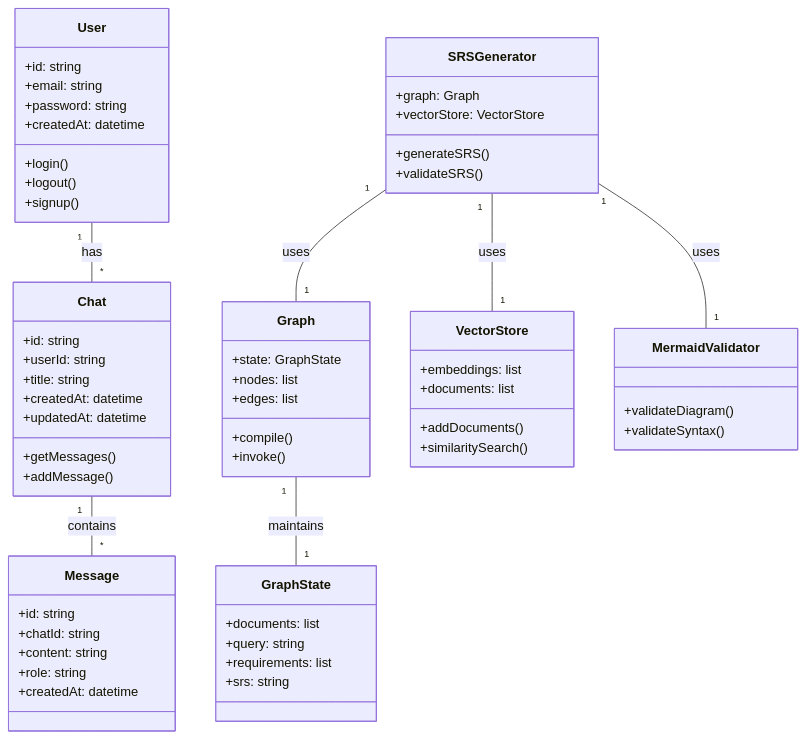
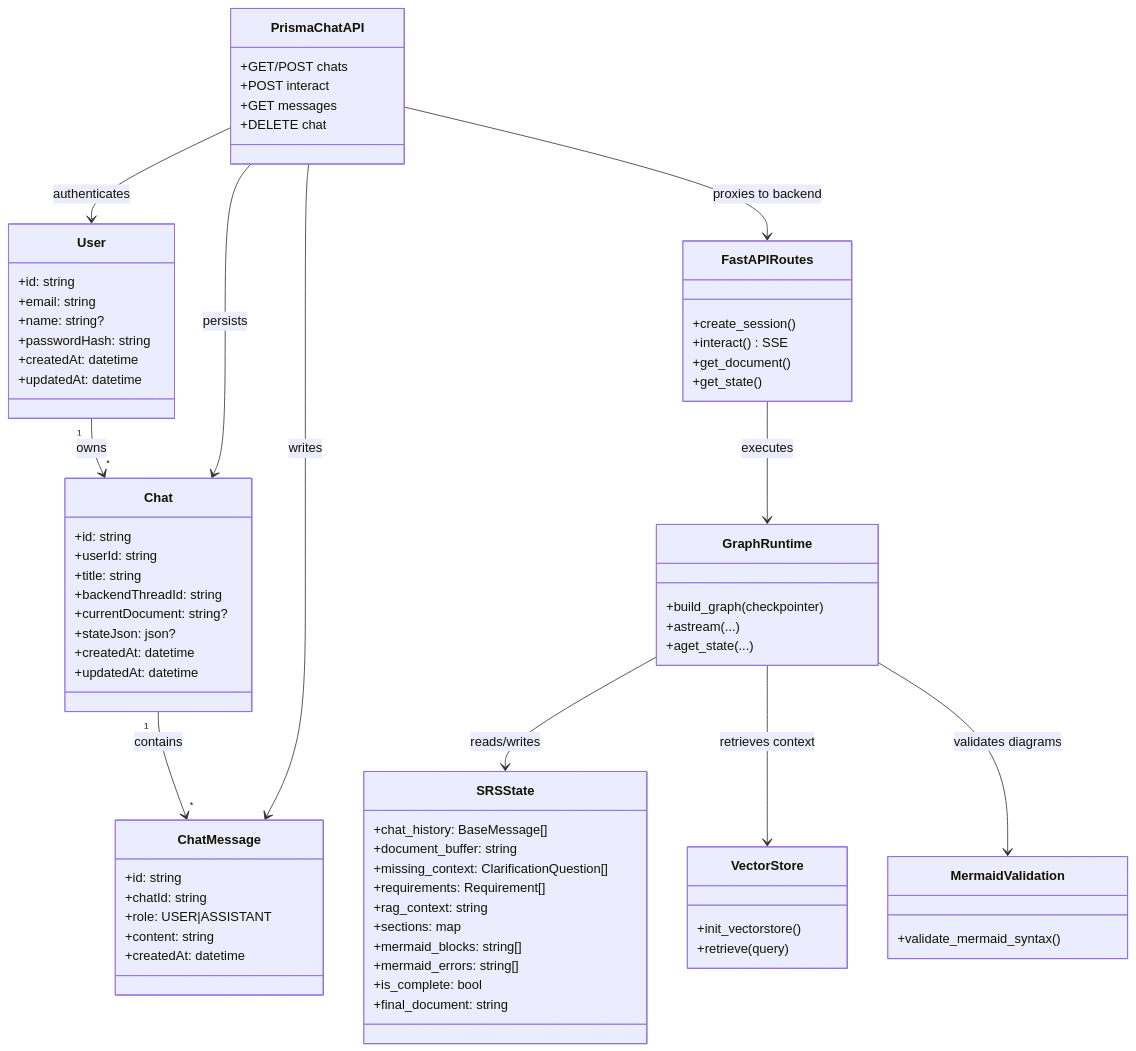
The diagram in documentation/class_diagram.md (Ta1al/automated-SRS-generator), drawn with Mermaid before and after one commit. The commit also changed other lines of this file and 3 other files, not shown here.

Commit message:
Update documentation for activity, class, data flow, and ER diagrams

````diff
--- a/documentation/class_diagram.md
+++ b/documentation/class_diagram.md
@@ -7,69 +7,81 @@
     class User {
         +id: string
         +email: string
-        +password: string
+        +name: string?
+        +passwordHash: string
         +createdAt: datetime
-        +login()
-        +logout()
-        +signup()
+        +updatedAt: datetime
     }
 
     class Chat {
         +id: string
         +userId: string
         +title: string
+        +backendThreadId: string
+        +currentDocument: string?
+        +stateJson: json?
         +createdAt: datetime
         +updatedAt: datetime
-        +getMessages()
-        +addMessage()
     }
 
-    class Message {
+    class ChatMessage {
         +id: string
         +chatId: string
+        +role: USER|ASSISTANT
         +content: string
-        +role: string
         +createdAt: datetime
     }
 
-    class Graph {
-        +state: GraphState
-        +nodes: list
-        +edges: list
-        +compile()
-        +invoke()
+    class SRSState {
+        +chat_history: BaseMessage[]
+        +document_buffer: string
+        +missing_context: ClarificationQuestion[]
+        +requirements: Requirement[]
+        +rag_context: string
+        +sections: map
+        +mermaid_blocks: string[]
+        +mermaid_errors: string[]
+        +is_complete: bool
+        +final_document: string
     }
 
-    class GraphState {
-        +documents: list
-        +query: string
-        +requirements: list
-        +srs: string
+    class GraphRuntime {
+        +build_graph(checkpointer)
+        +astream(...)
+        +aget_state(...)
+    }
+
+    class FastAPIRoutes {
+        +create_session()
+        +interact() SSE
+        +get_document()
+        +get_state()
+    }
+
+    class PrismaChatAPI {
+        +GET/POST chats
+        +POST interact
+        +GET messages
+        +DELETE chat
     }
 
     class VectorStore {
-        +embeddings: list
-        +documents: list
-        +addDocuments()
-        +similaritySearch()
+        +init_vectorstore()
+        +retrieve(query)
     }
 
-    class SRSGenerator {
-        +graph: Graph
-        +vectorStore: VectorStore
-        +generateSRS()
-        +validateSRS()
+    class MermaidValidation {
+        +validate_mermaid_syntax()
     }
 
-    class MermaidValidator {
-        +validateDiagram()
-        +validateSyntax()
-    }
-
-    User "1" -- "*" Chat: has
-    Chat "1" -- "*" Message: contains
-    SRSGenerator "1" -- "1" Graph: uses
-    SRSGenerator "1" -- "1" VectorStore: uses
-    SRSGenerator "1" -- "1" MermaidValidator: uses
-    Graph "1" -- "1" GraphState: maintains
+    User "1" --> "*" Chat : owns
+    Chat "1" --> "*" ChatMessage : contains
+    PrismaChatAPI --> User : authenticates
+    PrismaChatAPI --> Chat : persists
+    PrismaChatAPI --> ChatMessage : writes
+    PrismaChatAPI --> FastAPIRoutes : proxies to backend
+    FastAPIRoutes --> GraphRuntime : executes
+    GraphRuntime --> SRSState : reads/writes
+    GraphRuntime --> VectorStore : retrieves context
+    GraphRuntime --> MermaidValidation : validates diagrams
 ```
````
